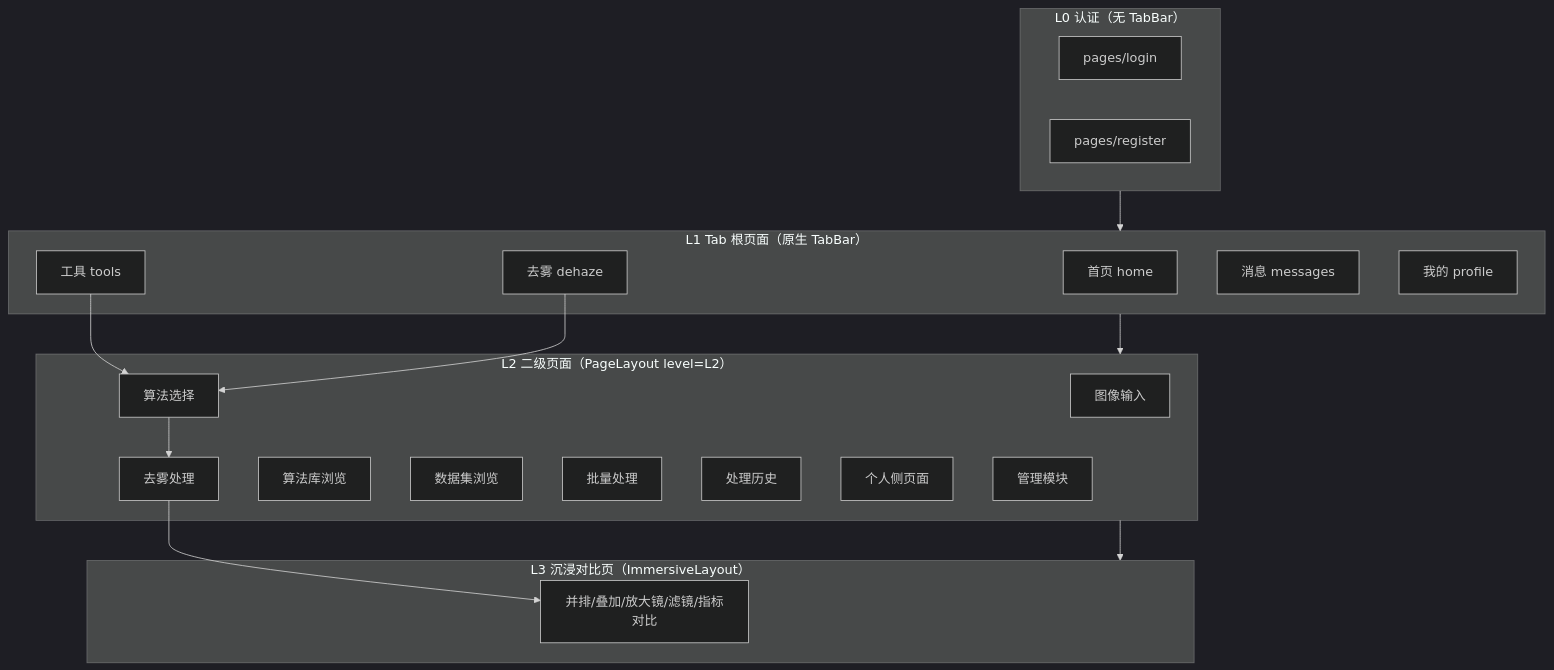
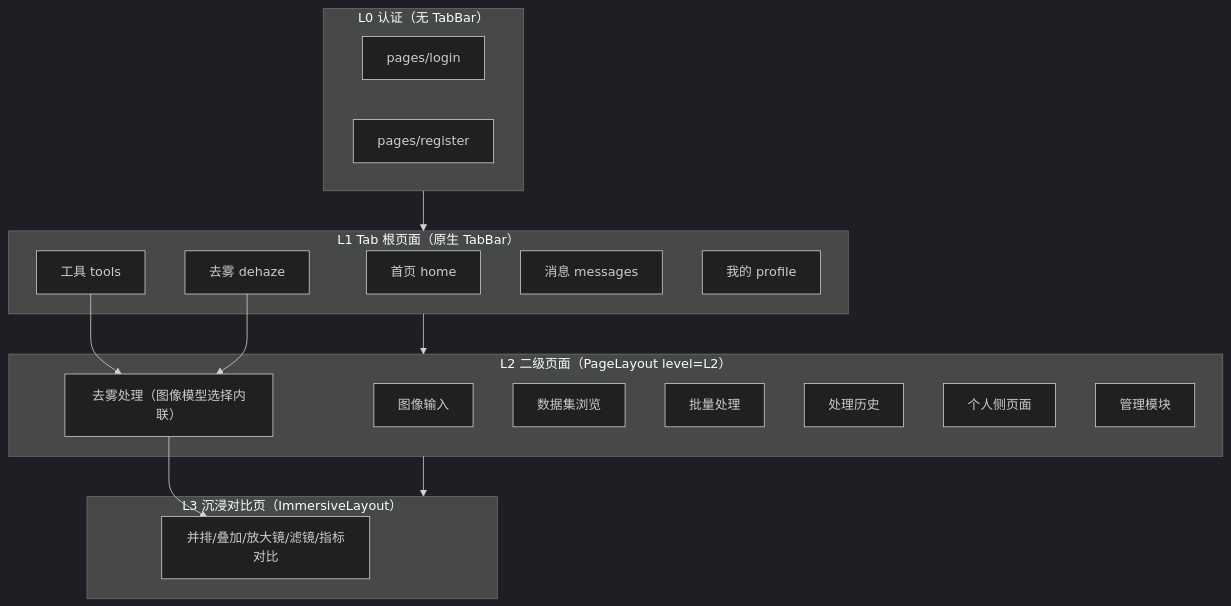
Before and after one commit to earthy-zinc/dehaze-system: the second of 2 diagrams in dehaze-doc/docs/04-项目实现/前端/03-Taro架构文档.md, drawn with Mermaid (dark theme). The commit also changed other lines of this file and 239 other files, not shown here.

````diff
--- a/dehaze-doc/docs/04-项目实现/前端/03-Taro架构文档.md
+++ b/dehaze-doc/docs/04-项目实现/前端/03-Taro架构文档.md
@@ -64,39 +64,36 @@
 ```mermaid
 flowchart TB
     subgraph L0["L0 认证（无 TabBar）"]
         Login["pages/login"]
         Register["pages/register"]
     end
 
     subgraph L1["L1 Tab 根页面（原生 TabBar）"]
         Home["首页 home"]
         Tools["工具 tools"]
         Dehaze["去雾 dehaze"]
         Messages["消息 messages"]
         Profile["我的 profile"]
     end
 
     subgraph L2["L2 二级页面（PageLayout level=L2）"]
         ImageInput["图像输入"]
-        AlgoSelect["算法选择"]
-        Processing["去雾处理"]
-        AlgoBrowse["算法库浏览"]
+        Processing["去雾处理（图像模型选择内联）"]
         DatasetBrowse["数据集浏览"]
         Batch["批量处理"]
         Task["处理历史"]
         Personal["个人侧页面"]
         System["管理模块"]
     end
 
     subgraph L3["L3 沉浸对比页（ImmersiveLayout）"]
         Compare["并排/叠加/放大镜/滤镜/指标对比"]
     end
 
     L0 --> L1
     L1 --> L2
     L2 --> L3
-    Tools --> AlgoSelect
-    Dehaze --> AlgoSelect
-    AlgoSelect --> Processing
+    Tools --> Processing
+    Dehaze --> Processing
     Processing --> Compare
 ```
````
